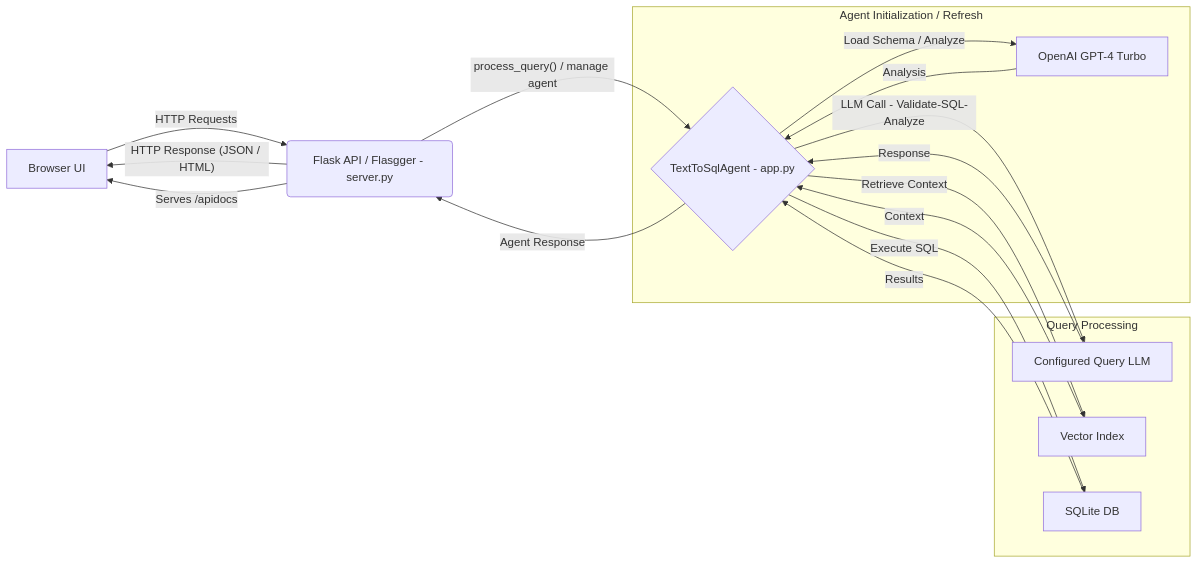
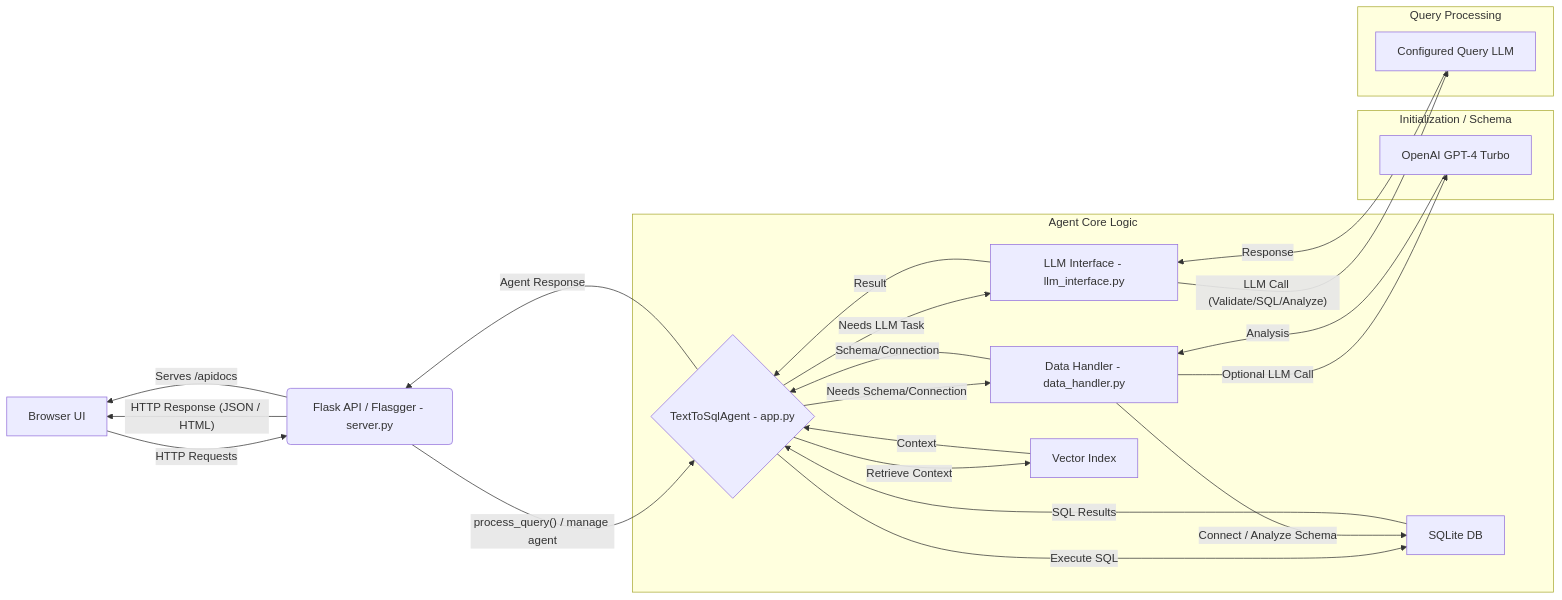
The diagram in README.md (mohamedskassem/E115_LumenAI), drawn with Mermaid before and after one commit. The commit also changed other lines of this file, not shown here.

Commit message:
Docs: Update README with latest module structure

````diff
--- a/README.md
+++ b/README.md
@@ -49,20 +47,31 @@
 ```mermaid
 graph LR
     A[Browser UI] -- HTTP Requests --> B(Flask API / Flasgger - server.py);
     B -- process_query() / manage agent --> C{TextToSqlAgent - app.py};
-    subgraph Agent Initialization / Refresh
-        C -- Load Schema / Analyze --> G[OpenAI GPT-4 Turbo];
+    
+    subgraph Agent Core Logic
+        C -- Needs Schema/Connection --> D[Data Handler - data_handler.py];
+        C -- Needs LLM Task --> I[LLM Interface - llm_interface.py];
+        C -- Retrieve Context --> E[Vector Index];
+        C -- Execute SQL --> F[SQLite DB];
     end
+
+    subgraph Initialization / Schema
+        D -- Connect / Analyze Schema --> F;
+        D -- Optional LLM Call --> G[OpenAI GPT-4 Turbo];
+        G -- Analysis --> D;
+        D -- Schema/Connection --> C;
+    end
+
     subgraph Query Processing
-         C -- "LLM Call - Validate-SQL-Analyze" --> H[Configured Query LLM];
-         C -- Retrieve Context --> E[Vector Index];
-         C -- Execute SQL --> F[SQLite DB];
+        I -- LLM Call (Validate/SQL/Analyze) --> H[Configured Query LLM];
+        H -- Response --> I;
+        I -- Result --> C;
+        E -- Context --> C;
+        F -- SQL Results --> C;
     end
-    F -- Results --> C;
-    G -- Analysis --> C;
-    H -- Response --> C;
-    E -- Context --> C;
+
     C -- Agent Response --> B;
     B -- HTTP Response (JSON / HTML) --> A;
     B -- Serves /apidocs --> A;
 ```
````
